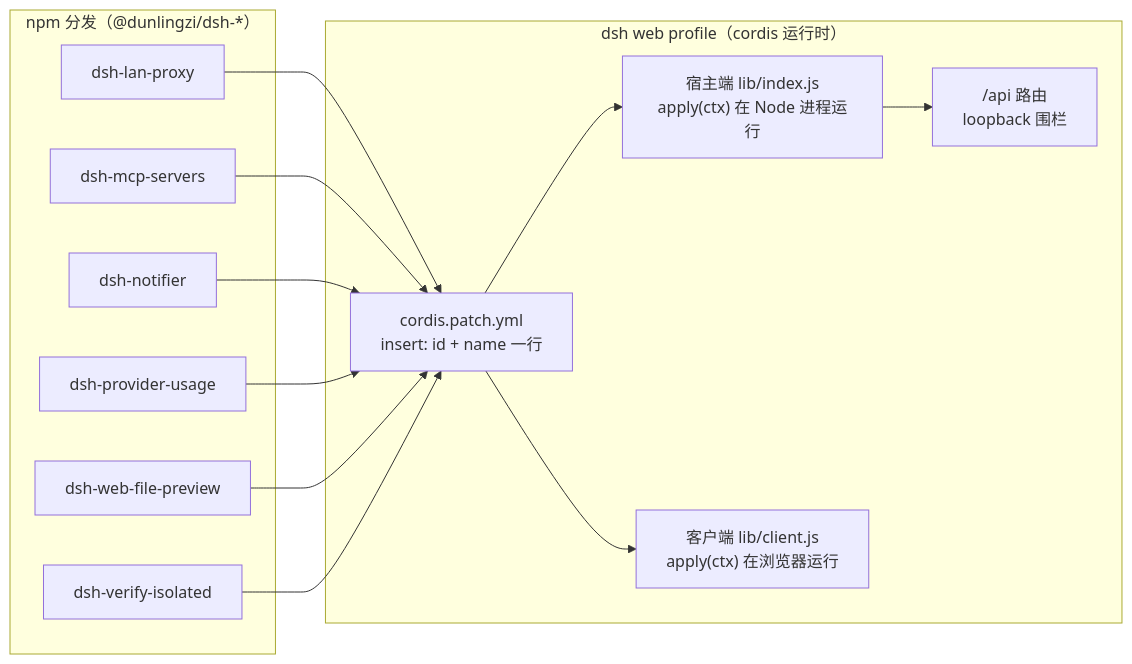
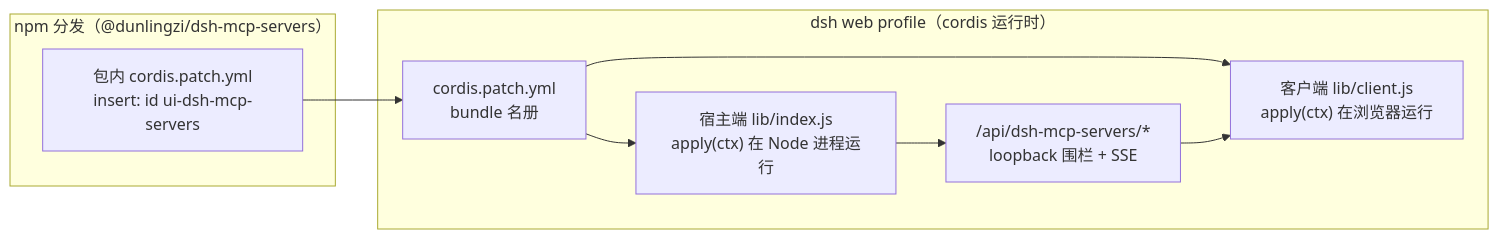
Before and after one commit to dunlingzi/dsh-mcp-servers: the diagram in docs/architecture/README.md, drawn with Mermaid. The commit also changed other lines of this file and 38 other files, not shown here.

````diff
--- a/docs/architecture/README.md
+++ b/docs/architecture/README.md
@@ -32,28 +26,19 @@
 ```mermaid
 flowchart LR
-    subgraph npm["npm 分发（@dunlingzi/dsh-*）"]
-        P1["dsh-lan-proxy"]
-        P2["dsh-mcp-servers"]
-        P3["dsh-notifier"]
-        P4["dsh-provider-usage"]
-        P5["dsh-web-file-preview"]
-        P6["dsh-verify-isolated"]
+    subgraph npm["npm 分发（@dunlingzi/dsh-mcp-servers）"]
+        P1["包内 cordis.patch.yml<br/>insert: id ui-dsh-mcp-servers"]
     end
 
     subgraph profile["dsh web profile（cordis 运行时）"]
-        CORDIS["cordis.patch.yml<br/>insert: id + name 一行"]
+        CORDIS["cordis.patch.yml<br/>bundle 名册"]
         HOST["宿主端 lib/index.js<br/>apply(ctx) 在 Node 进程运行"]
         CLIENT["客户端 lib/client.js<br/>apply(ctx) 在浏览器运行"]
-        ROUTES["/api 路由<br/>loopback 围栏"]
+        ROUTES["/api/dsh-mcp-servers/*<br/>loopback 围栏 + SSE"]
         CORDIS --> HOST
         CORDIS --> CLIENT
         HOST --> ROUTES
+        ROUTES --> CLIENT
     end
 
     P1 --> CORDIS
-    P2 --> CORDIS
-    P3 --> CORDIS
-    P4 --> CORDIS
-    P5 --> CORDIS
-    P6 --> CORDIS
 ```
````
